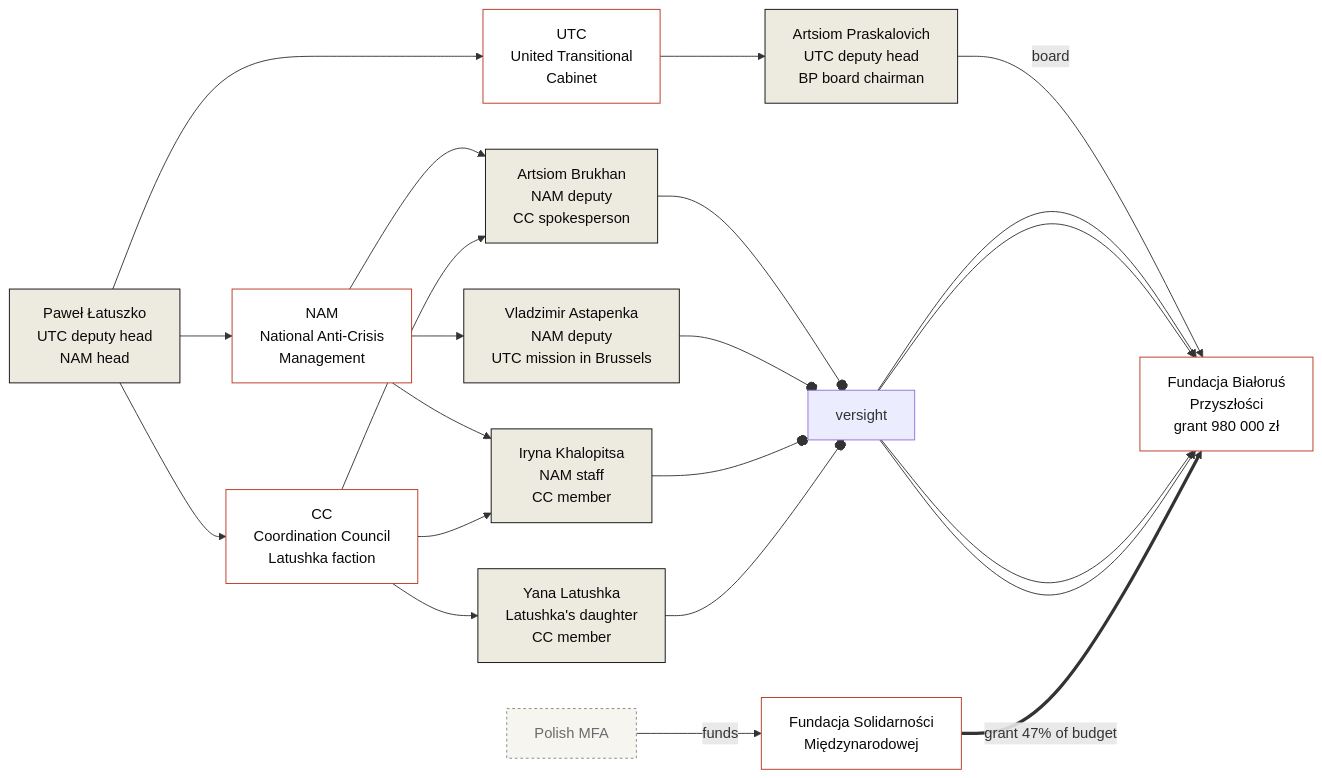
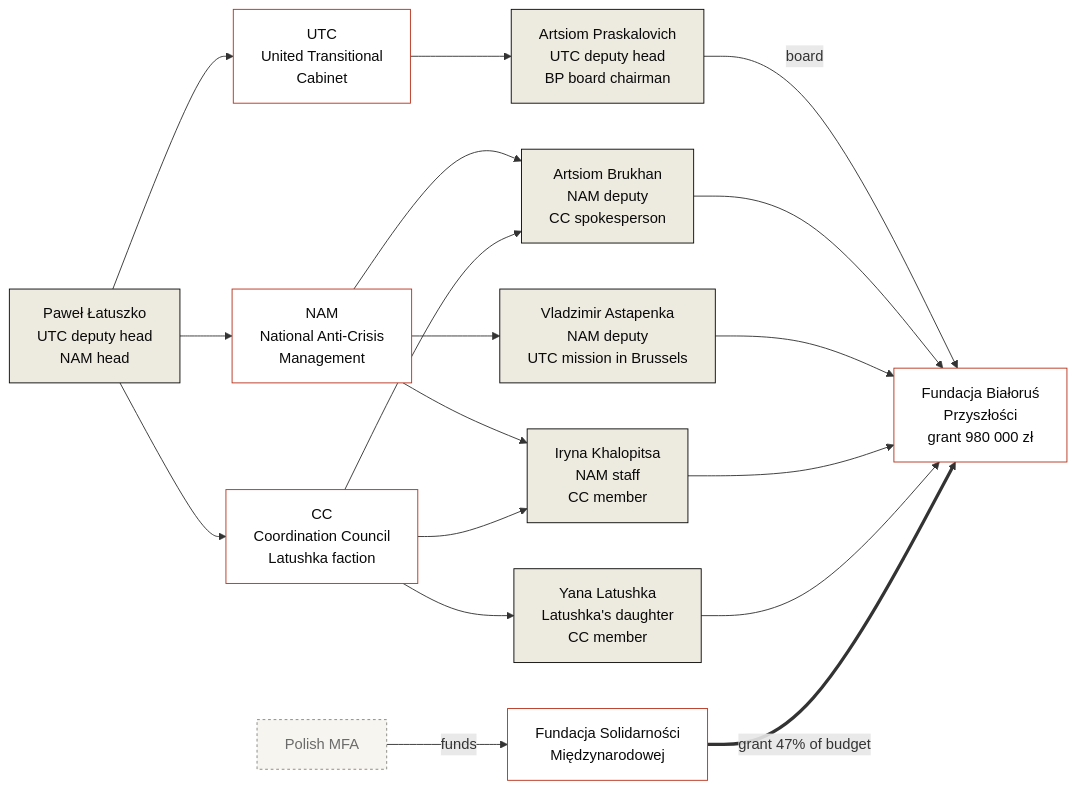
Before and after one commit to belarustransparency/belarus-transparency: the diagram in docs/en/investigations/bialorus-przyszlosci-fsm.md, drawn with Mermaid. The commit also changed 1 other file, not shown here.

````diff
--- a/docs/en/investigations/bialorus-przyszlosci-fsm.md
+++ b/docs/en/investigations/bialorus-przyszlosci-fsm.md
@@ -163,48 +163,48 @@
 ```mermaid
 graph LR
     PL["Paweł Łatuszko<br/>UTC deputy head<br/>NAM head"]
     NAM["NAM<br/>National Anti-Crisis<br/>Management"]
     UTC["UTC<br/>United Transitional<br/>Cabinet"]
     CC["CC<br/>Coordination Council<br/>Latushka faction"]
 
     AP["Artsiom Praskalovich<br/>UTC deputy head<br/>BP board chairman"]
     AB["Artsiom Brukhan<br/>NAM deputy<br/>CC spokesperson"]
     VA["Vladzimir Astapenka<br/>NAM deputy<br/>UTC mission in Brussels"]
     IK["Iryna Khalopitsa<br/>NAM staff<br/>CC member"]
     YL["Yana Latushka<br/>Latushka's daughter<br/>CC member"]
 
     BPZ["Fundacja Białoruś<br/>Przyszłości<br/>grant 980 000 zł"]
     FSM["Fundacja Solidarności<br/>Międzynarodowej"]
     MFA["Polish MFA"]
 
     PL --> NAM
     PL --> UTC
     PL --> CC
 
     NAM --> AB
     NAM --> VA
     NAM --> IK
 
     UTC --> AP
 
     CC --> AB
     CC --> YL
     CC --> IK
 
     AP --board--> BPZ
-    AB --oversight--> BPZ
-    VA --oversight--> BPZ
-    IK --oversight--> BPZ
-    YL --oversight--> BPZ
+    AB --> BPZ
+    VA --> BPZ
+    IK --> BPZ
+    YL --> BPZ
 
     FSM ==grant 47% of budget==> BPZ
     MFA --funds--> FSM
 
     classDef person fill:#EDEAE0,stroke:#0A0A0A,stroke-width:1px,color:#0A0A0A;
     classDef org fill:#FFFFFF,stroke:#B8341E,stroke-width:1px,color:#0A0A0A;
     classDef money fill:#F7F5F0,stroke:#888780,stroke-width:1px,color:#6B6B6B,stroke-dasharray: 3 3;
 
     class PL,AP,AB,VA,IK,YL person;
     class NAM,UTC,CC,BPZ,FSM org;
     class MFA money;
 ```
````
